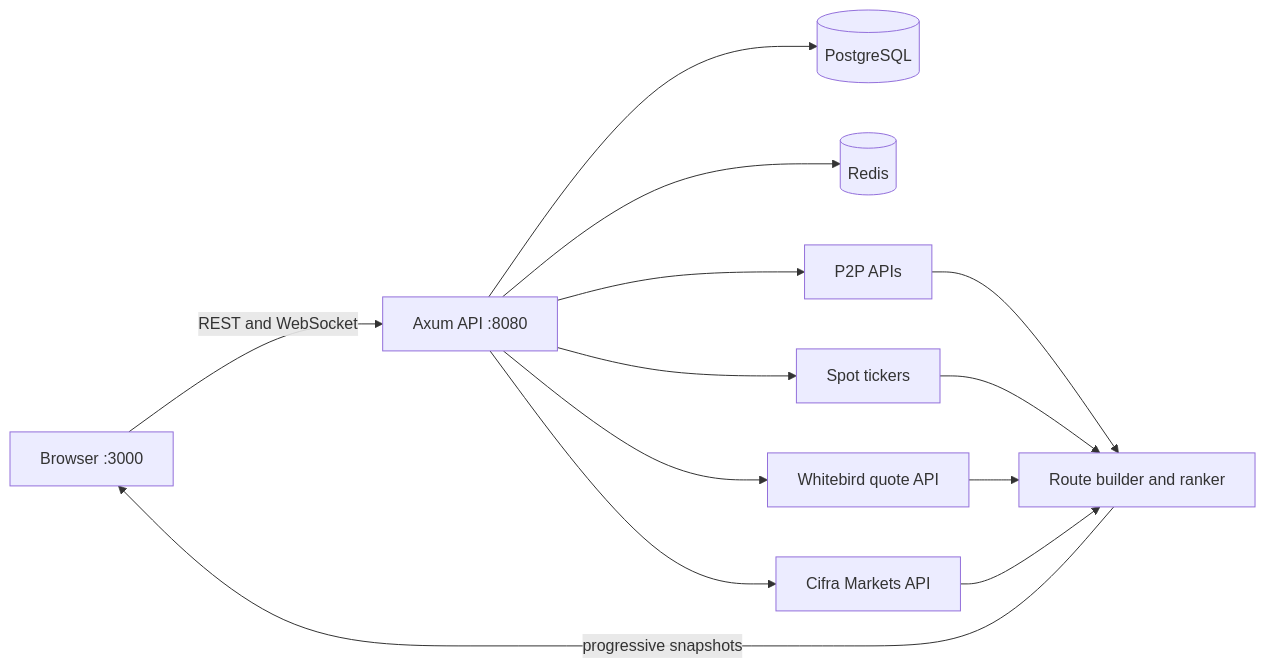
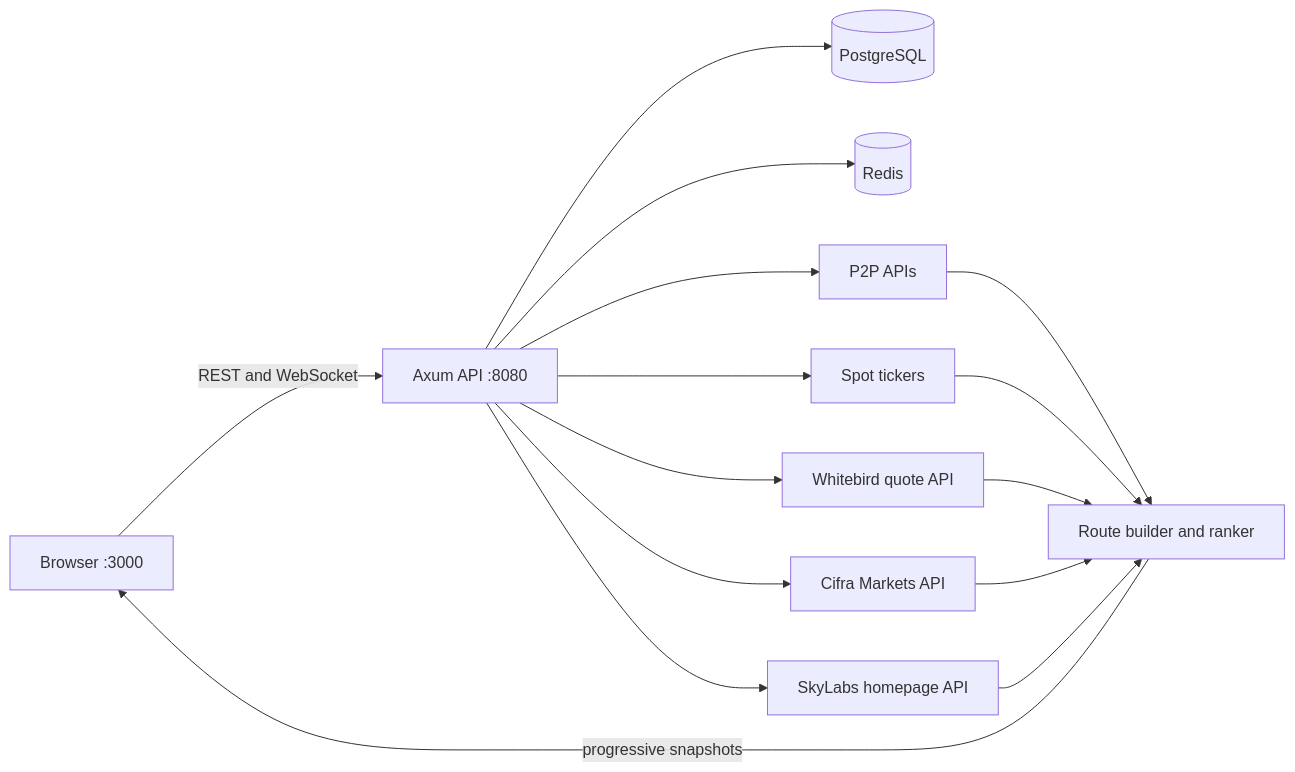
The diagram in README.md (Flow3Pay/pay3flow), drawn with Mermaid before and after one commit. The commit also changed other lines of this file and 10 other files, not shown here.

Commit message:
Add SkyLabs provider and external Providerfile code

````diff
--- a/README.md
+++ b/README.md
@@ -56,15 +56,17 @@
 ```mermaid
 flowchart LR
     browser[Browser :3000] -->|REST and WebSocket| api[Axum API :8080]
     api --> postgres[(PostgreSQL)]
     api --> redis[(Redis)]
     api --> p2p[P2P APIs]
     api --> spot[Spot tickers]
     api --> whitebird[Whitebird quote API]
     api --> cifra[Cifra Markets API]
+    api --> skylabs[SkyLabs homepage API]
     p2p --> ranker[Route builder and ranker]
     spot --> ranker
     whitebird --> ranker
     cifra --> ranker
+    skylabs --> ranker
     ranker -->|progressive snapshots| browser
 ```
````
